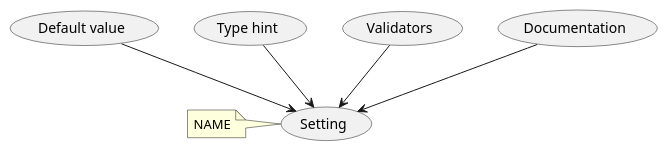
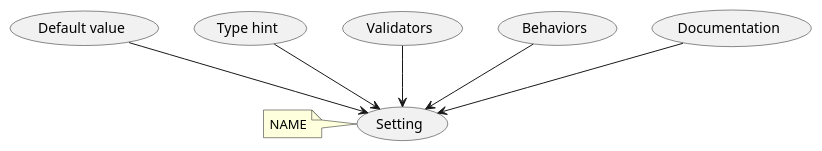
One commit to BasicWolf/archived-concrete-settings changed the first of 2 diagrams in docs/quickstart.rst. Above: the diagram before and after it, drawn with PlantUML. The commit also changed other lines of this file and 9 other files, not shown here.

```diff
--- a/docs/quickstart.rst
+++ b/docs/quickstart.rst
@@ -107,11 +110,12 @@
 .. uml::
    :align: center
 
    @startuml
    (Default value) --> (Setting)
    (Type hint) --> (Setting)
    (Validators) --> (Setting)
+   (Behaviors) --> (Setting)
    (Documentation) --> (Setting)
 
    note left of (Setting) : NAME
    @enduml
```
